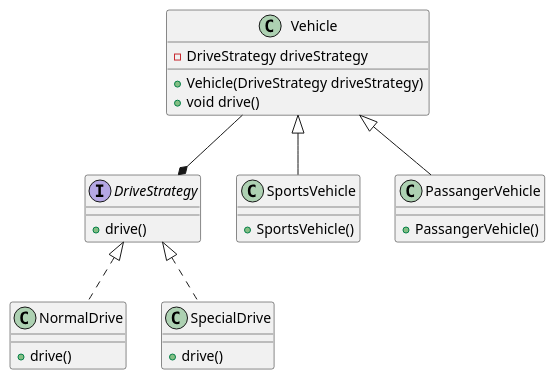
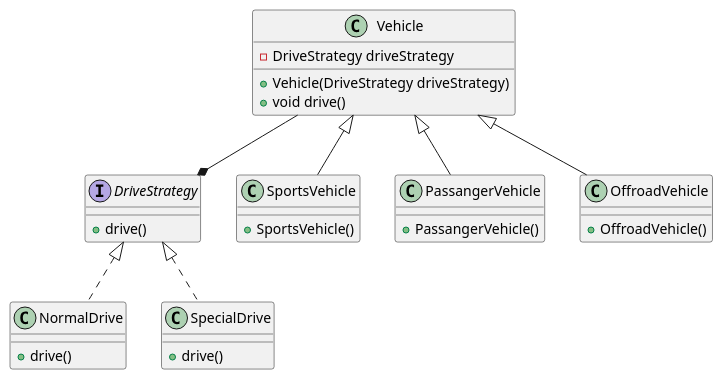
Before and after one commit to akash-kmr/lld: the diagram in src/main/java/com/akash/design/lld/designpatterns/strategy/diagram/diag.wsd, drawn with PlantUML. The commit also changed 2 other files, not shown here.

Commit message:
Added OffroadVehicle In Class Diagram

```diff
--- a/src/main/java/com/akash/design/lld/designpatterns/strategy/diagram/diag.wsd
+++ b/src/main/java/com/akash/design/lld/designpatterns/strategy/diagram/diag.wsd
@@ -1,37 +1,43 @@
 @startuml strategy design pattern
 
 interface DriveStrategy {
     +drive()
 }
 
 class NormalDrive implements DriveStrategy {
 
     +drive()
 }
 
 class SpecialDrive implements DriveStrategy {
 
     +drive()
 }
 
 class Vehicle {
     -DriveStrategy driveStrategy
 
     +Vehicle(DriveStrategy driveStrategy)
     +void drive()
 }
 
 class SportsVehicle extends Vehicle {
 
     +SportsVehicle()
 
 }
 
 class PassangerVehicle extends Vehicle {
 
     +PassangerVehicle()
 
 }
 
+class OffroadVehicle extends Vehicle {
+
+    +OffroadVehicle()
+
+}
+
 Vehicle --* DriveStrategy
 @enduml
```
